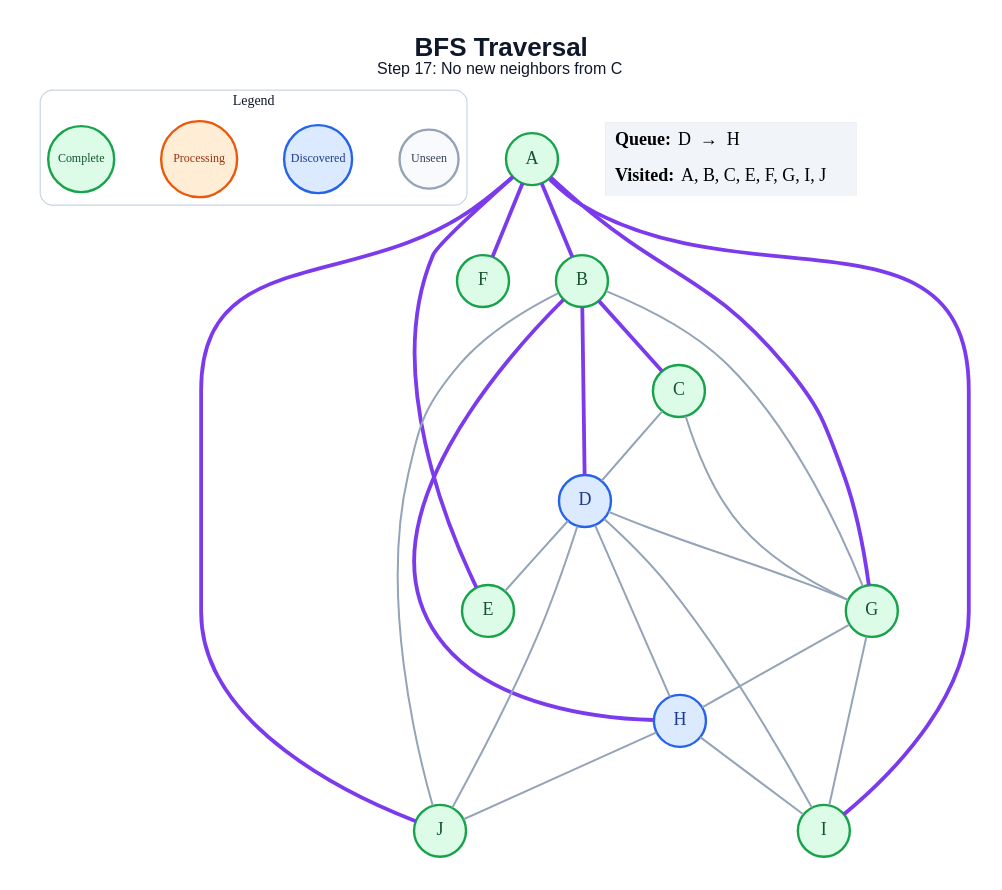
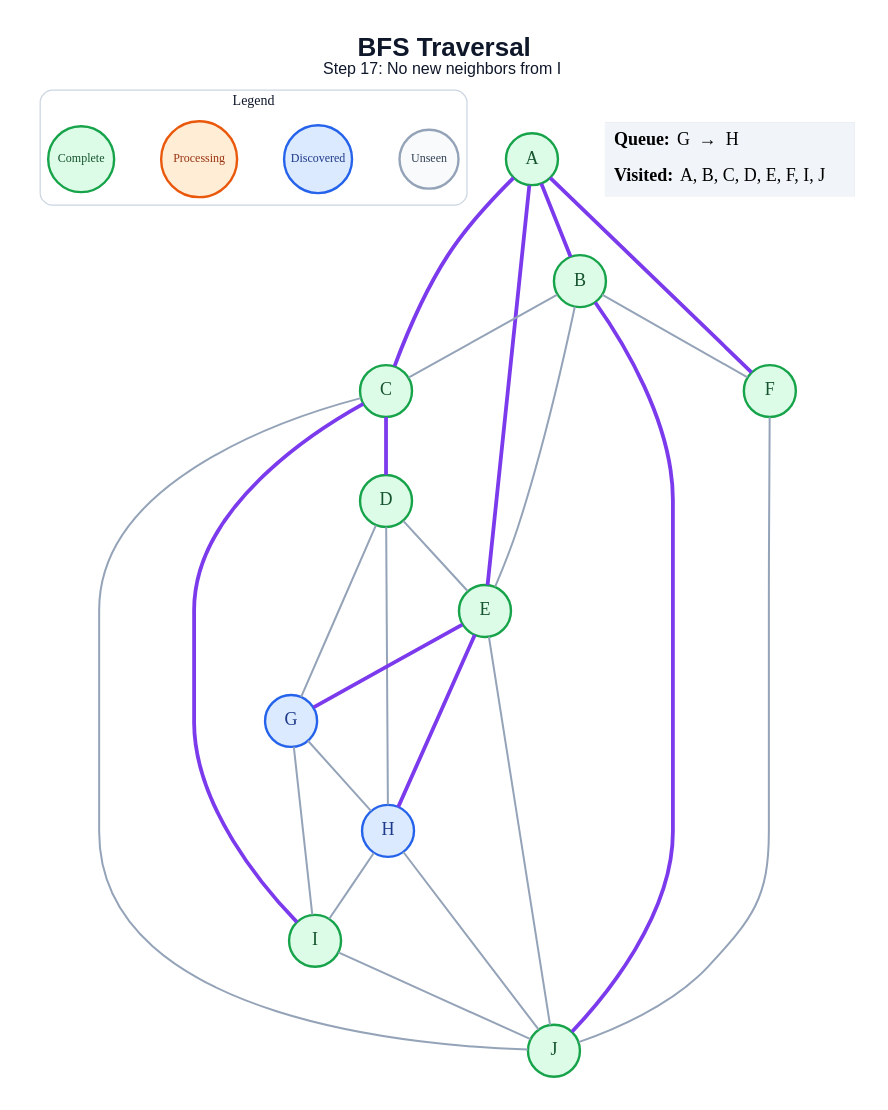
Before and after one commit to amanghodawala9/ai-slop: the diagram in generated/bfs/step_17.dot, drawn with Graphviz. The commit also changed 178 other files, not shown here.

```diff
--- a/generated/bfs/step_17.dot
+++ b/generated/bfs/step_17.dot
@@ -1,51 +1,52 @@
 graph traversal {
   graph [layout=dot, rankdir=TB, bgcolor="#FFFFFF", pad="0.35", nodesep="0.65", ranksep="0.8", fontname="Arial"];
   node [shape=circle, style="filled", fontname="Arial Bold", fontsize=18, width=0.72, fixedsize=true, penwidth=2.4];
   edge [color="#94A3B8", penwidth=2.0];
-  label=<<B>BFS Traversal</B><BR/><FONT POINT-SIZE="16">Step 17: No new neighbors from C</FONT>>; labelloc="t"; fontsize=26; fontname="Arial"; fontcolor="#0F172A";
+  label=<<B>BFS Traversal</B><BR/><FONT POINT-SIZE="16">Step 17: No new neighbors from I</FONT>>; labelloc="t"; fontsize=26; fontname="Arial"; fontcolor="#0F172A";
   subgraph cluster_legend { label="Legend"; color="#CBD5E1"; penwidth=1.2; style="rounded"; fontsize=14; fontname="Arial Bold";
     key_unseen [label="Unseen", fillcolor="#F8FAFC", color="#94A3B8", fontcolor="#334155", fontsize=12, width=0.82];
     key_frontier [label="Discovered", fillcolor="#DBEAFE", color="#2563EB", fontcolor="#1E3A8A", fontsize=12, width=0.95];
     key_current [label="Processing", fillcolor="#FFEDD5", color="#EA580C", fontcolor="#9A3412", fontsize=12, width=1.05];
     key_done [label="Complete", fillcolor="#DCFCE7", color="#16A34A", fontcolor="#14532D", fontsize=12, width=0.92];
     { rank=same; key_unseen; key_frontier; key_current; key_done; }
   }
   A [fillcolor="#DCFCE7", color="#16A34A", fontcolor="#14532D"];
   B [fillcolor="#DCFCE7", color="#16A34A", fontcolor="#14532D"];
   C [fillcolor="#DCFCE7", color="#16A34A", fontcolor="#14532D"];
-  D [fillcolor="#DBEAFE", color="#2563EB", fontcolor="#1E3A8A"];
+  D [fillcolor="#DCFCE7", color="#16A34A", fontcolor="#14532D"];
   E [fillcolor="#DCFCE7", color="#16A34A", fontcolor="#14532D"];
   F [fillcolor="#DCFCE7", color="#16A34A", fontcolor="#14532D"];
-  G [fillcolor="#DCFCE7", color="#16A34A", fontcolor="#14532D"];
+  G [fillcolor="#DBEAFE", color="#2563EB", fontcolor="#1E3A8A"];
   H [fillcolor="#DBEAFE", color="#2563EB", fontcolor="#1E3A8A"];
   I [fillcolor="#DCFCE7", color="#16A34A", fontcolor="#14532D"];
   J [fillcolor="#DCFCE7", color="#16A34A", fontcolor="#14532D"];
   A -- B [color="#7C3AED", penwidth=3.8];
+  A -- C [color="#7C3AED", penwidth=3.8];
   A -- E [color="#7C3AED", penwidth=3.8];
   A -- F [color="#7C3AED", penwidth=3.8];
-  A -- G [color="#7C3AED", penwidth=3.8];
-  A -- I [color="#7C3AED", penwidth=3.8];
-  A -- J [color="#7C3AED", penwidth=3.8];
-  B -- C [color="#7C3AED", penwidth=3.8];
-  B -- D [color="#7C3AED", penwidth=3.8];
-  B -- G;
-  B -- H [color="#7C3AED", penwidth=3.8];
-  B -- J;
-  C -- D;
-  C -- G;
+  B -- C;
+  B -- E;
+  B -- F;
+  B -- J [color="#7C3AED", penwidth=3.8];
+  C -- D [color="#7C3AED", penwidth=3.8];
+  C -- I [color="#7C3AED", penwidth=3.8];
+  C -- J;
   D -- E;
   D -- G;
   D -- H;
-  D -- I;
-  D -- J;
+  E -- G [color="#7C3AED", penwidth=3.8];
+  E -- H [color="#7C3AED", penwidth=3.8];
+  E -- J;
+  F -- J;
   G -- H;
   G -- I;
   H -- I;
   H -- J;
+  I -- J;
   status [shape=plain, fixedsize=false, width=0, height=0, margin=0, label=<
     <TABLE BORDER="0" CELLBORDER="0" CELLPADDING="7" BGCOLOR="#F1F5F9">
-      <TR><TD ALIGN="LEFT"><B>Queue:</B> D  →  H</TD></TR>
-      <TR><TD ALIGN="LEFT"><B>Visited:</B> A, B, C, E, F, G, I, J</TD></TR>
+      <TR><TD ALIGN="LEFT"><B>Queue:</B> G  →  H</TD></TR>
+      <TR><TD ALIGN="LEFT"><B>Visited:</B> A, B, C, D, E, F, I, J</TD></TR>
     </TABLE>
   >];
 }
```
